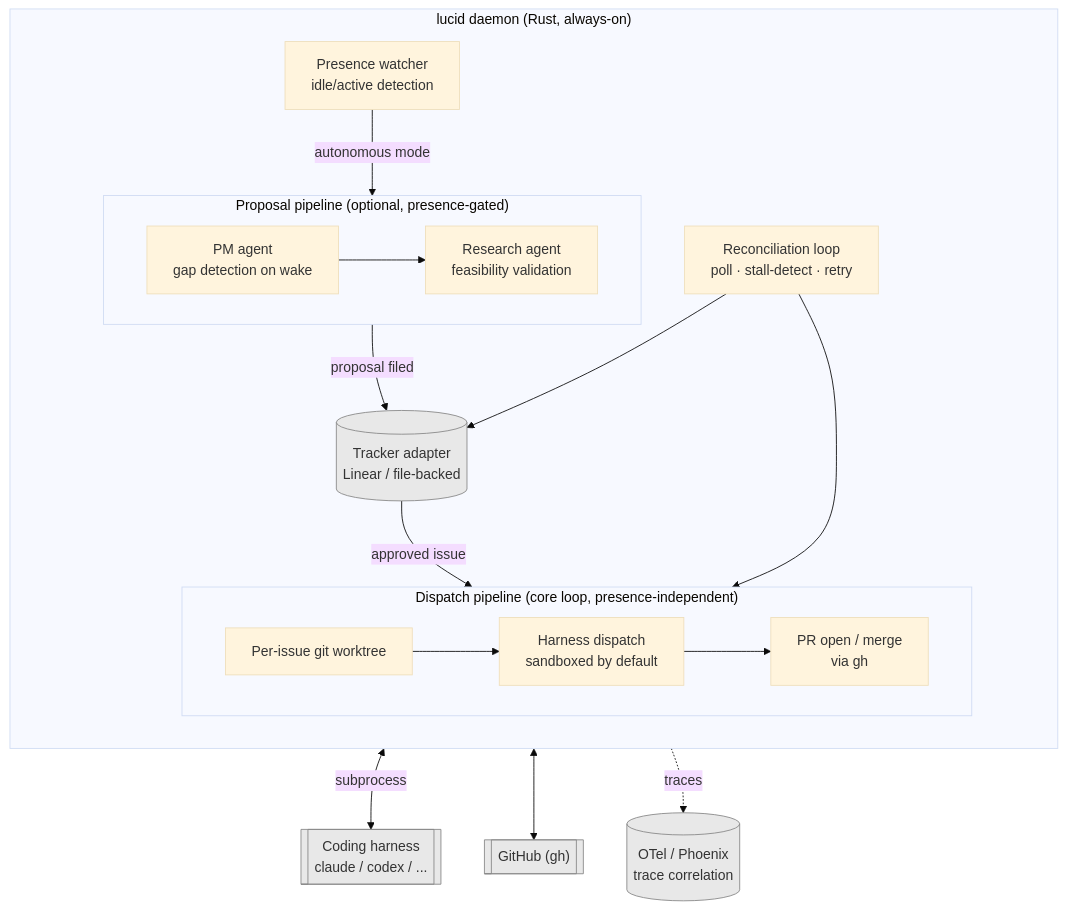
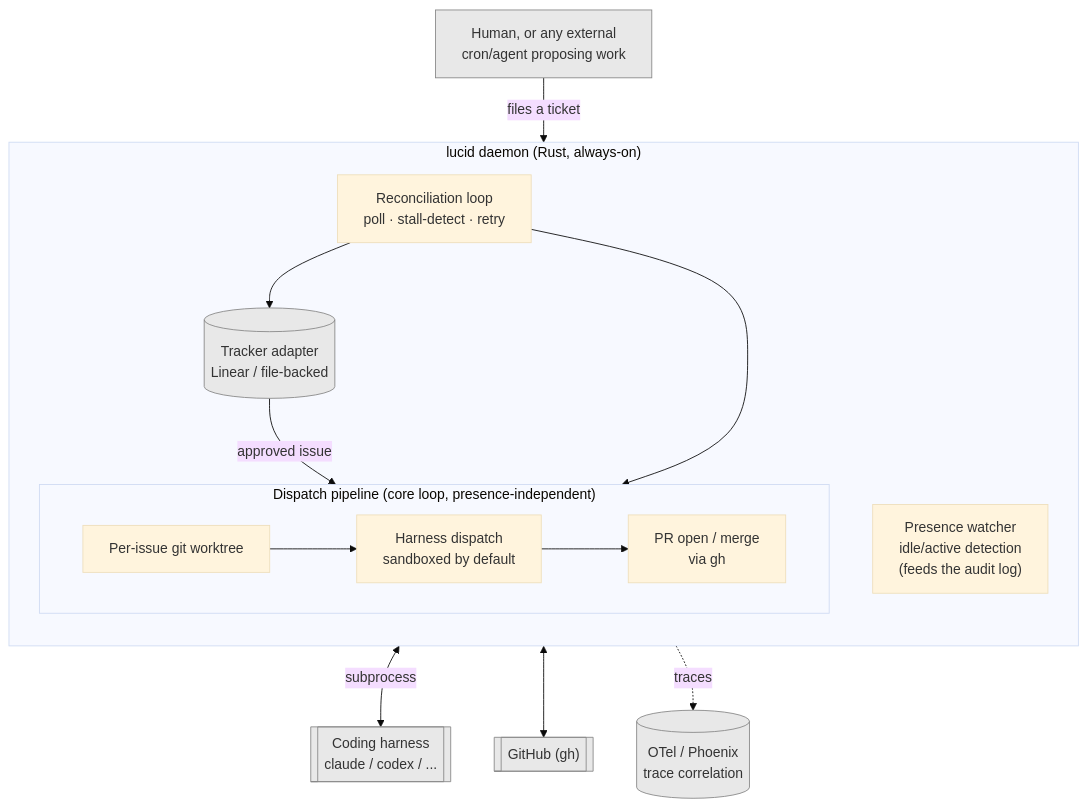
The diagram in README.md (drklee3/lucid), drawn with Mermaid (base theme) before and after one commit. The commit also changed other lines of this file and 24 other files, not shown here.

````diff
--- a/README.md
+++ b/README.md
@@ -16,38 +25,33 @@
 ```mermaid
 flowchart TB
     subgraph daemon["lucid daemon (Rust, always-on)"]
         direction TB
 
         subgraph worker_block["Dispatch pipeline (core loop, presence-independent)"]
             direction LR
             worktree["Per-issue git worktree"] --> exec["Harness dispatch\nsandboxed by default"] --> pr["PR open / merge\nvia gh"]
         end
 
-        presence["Presence watcher\nidle/active detection"]
-
-        subgraph pm_block["Proposal pipeline (optional, presence-gated)"]
-            direction LR
-            pm["PM agent\ngap detection on wake"] --> research["Research agent\nfeasibility validation"]
-        end
+        presence["Presence watcher\nidle/active detection\n(feeds the audit log)"]
 
         reconcile["Reconciliation loop\npoll · stall-detect · retry"]
 
-        presence -->|autonomous mode| pm_block
-        research -->|proposal filed| tracker
         tracker -->|approved issue| worker_block
         reconcile --> worker_block
         reconcile --> tracker
     end
 
+    external["Human, or any external\ncron/agent proposing work"]
     tracker[("Tracker adapter\nLinear / file-backed")]
     harness[["Coding harness\nclaude / codex / ..."]]
     github[["GitHub (gh)"]]
     otel[("OTel / Phoenix\ntrace correlation")]
 
+    external -->|files a ticket| tracker
     exec <-->|subprocess| harness
     pr <--> github
     exec -.->|traces| otel
 
     classDef ext fill:#e8e8e8,stroke:#888,color:#333;
-    class tracker,harness,github,otel ext;
+    class tracker,harness,github,otel,external ext;
 ```
````
